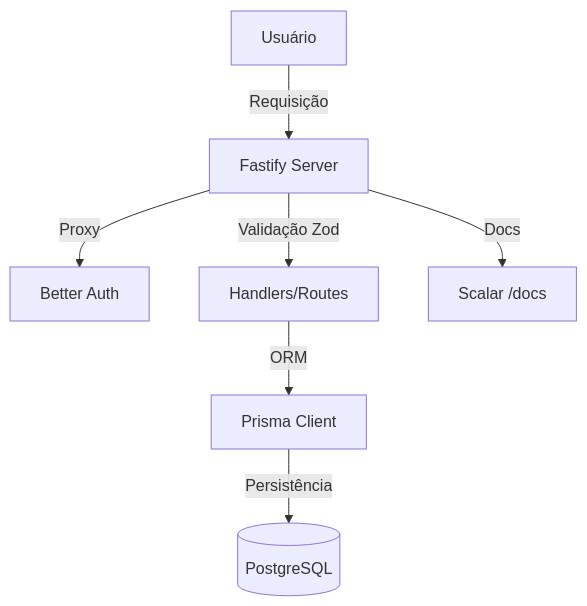
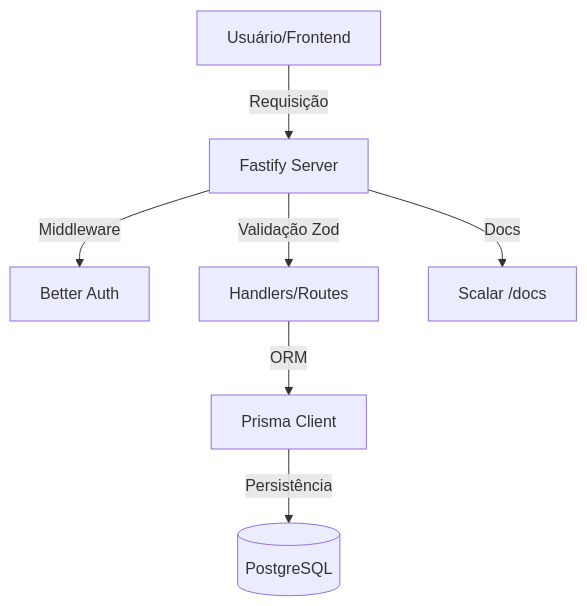
Before and after one commit to andersonkaiti/bootcamp-treinos-api: the first of 2 diagrams in README.md, drawn with Mermaid. The commit also changed other lines of this file, not shown here.

````diff
--- a/README.md
+++ b/README.md
@@ -55,9 +52,9 @@
 ```mermaid
 graph TD
-    A[Usuário] -->|Requisição| B[Fastify Server]
-    B -->|Proxy| C[Better Auth]
+    A[Usuário/Frontend] -->|Requisição| B[Fastify Server]
+    B -->|Middleware| C[Better Auth]
     B -->|Validação Zod| D[Handlers/Routes]
     D -->|ORM| E[Prisma Client]
     E -->|Persistência| F[(PostgreSQL)]
     B -->|Docs| G[Scalar /docs]
 ```
````
